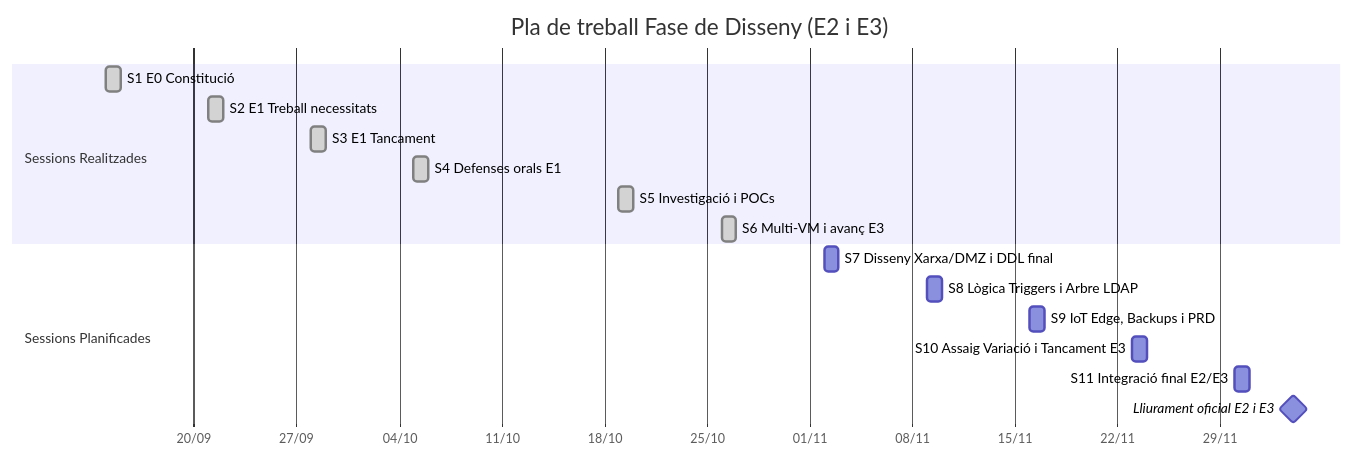
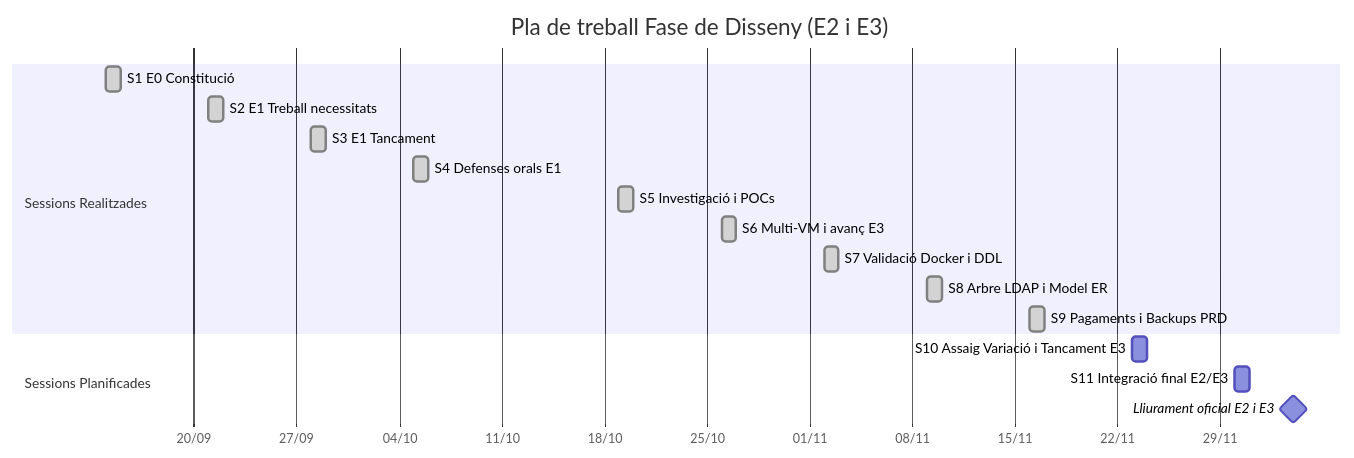
The diagram in docs/diari_treball/diari_treball.md (JoanGarcia25/avigest-projecte), drawn with Mermaid before and after one commit. The commit also changed other lines of this file and 8 other files, not shown here.

Commit message:
docs: actualització de documentació i diagrames

````diff
--- a/docs/diari_treball/diari_treball.md
+++ b/docs/diari_treball/diari_treball.md
@@ -170,20 +207,20 @@
 ```mermaid
 gantt
     title Pla de treball Fase de Disseny (E2 i E3)
     dateFormat  YYYY-MM-DD
     axisFormat  %d/%m
     section Sessions Realitzades
     S1 E0 Constitució        :done, 2026-09-14, 1d
     S2 E1 Treball necessitats :done, 2026-09-21, 1d
     S3 E1 Tancament           :done, 2026-09-28, 1d
     S4 Defenses orals E1      :done, 2026-10-05, 1d
     S5 Investigació i POCs    :done, 2026-10-19, 1d
     S6 Multi-VM i avanç E3    :done, 2026-10-26, 1d
+    S7 Validació Docker i DDL :done, 2026-11-02, 1d
+    S8 Arbre LDAP i Model ER  :done, 2026-11-09, 1d
+    S9 Pagaments i Backups PRD:done, 2026-11-16, 1d
     section Sessions Planificades
-    S7 Disseny Xarxa/DMZ i DDL final   :2026-11-02, 1d
-    S8 Lògica Triggers i Arbre LDAP     :2026-11-09, 1d
-    S9 IoT Edge, Backups i PRD          :2026-11-16, 1d
     S10 Assaig Variació i Tancament E3  :2026-11-23, 1d
     S11 Integració final E2/E3          :2026-11-30, 1d
     Lliurament oficial E2 i E3          :milestone, 2026-12-04, 0d
 ```
````
